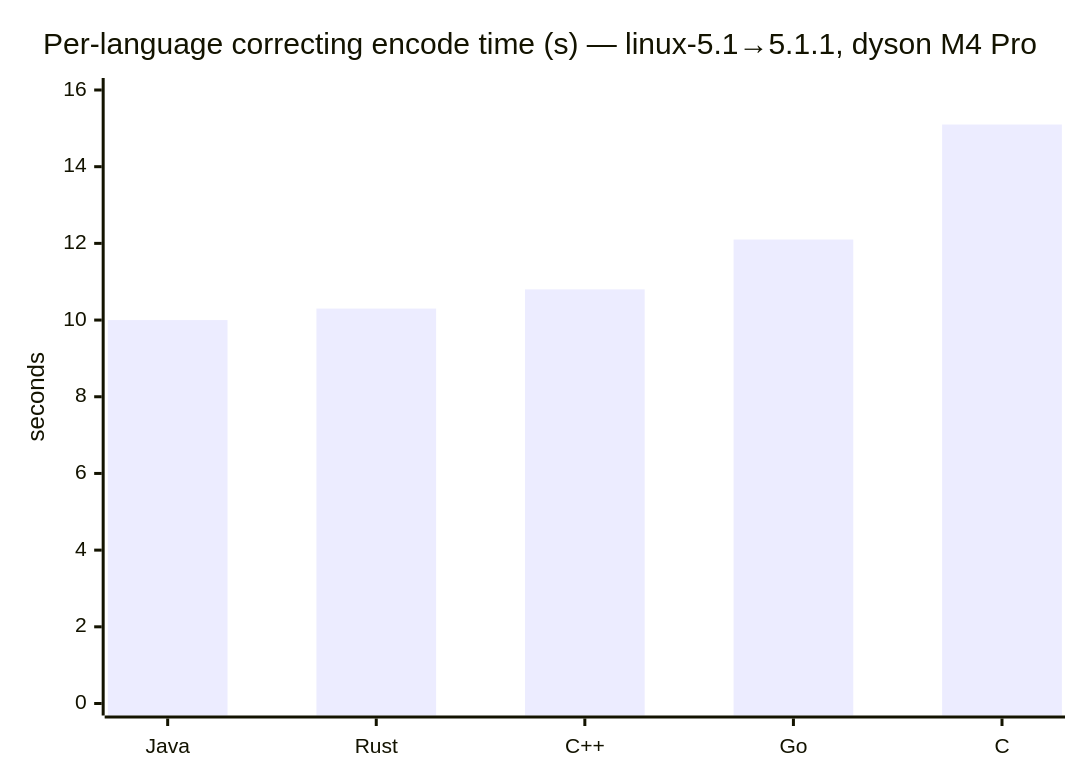
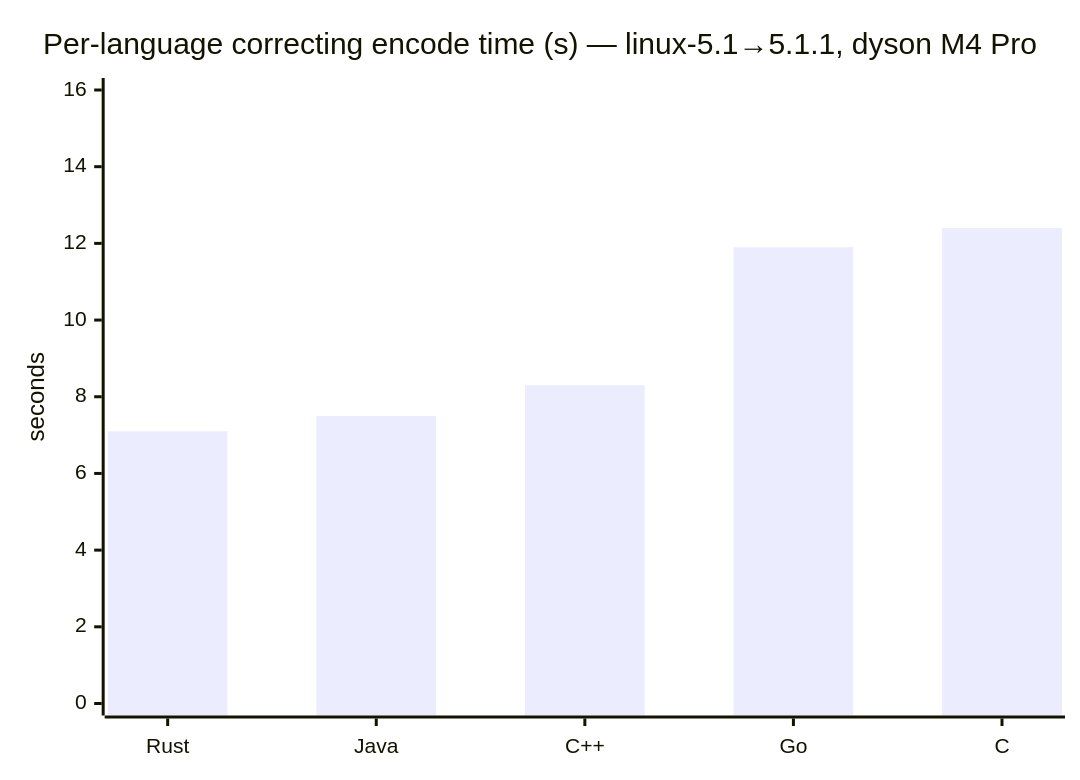
Before and after one commit to darrelllong/Delta-Compression: the second of 10 diagrams in ANALYSIS.md, drawn with Mermaid. The commit also changed other lines of this file and 27 other files, not shown here.

````diff
--- a/ANALYSIS.md
+++ b/ANALYSIS.md
@@ -418,7 +422,7 @@
 ```mermaid
 xychart-beta
     title "Per-language correcting encode time (s) — linux-5.1→5.1.1, dyson M4 Pro"
-    x-axis ["Java", "Rust", "C++", "Go", "C"]
+    x-axis ["Rust", "Java", "C++", "Go", "C"]
     y-axis "seconds" 0 --> 16
-    bar [10.0, 10.3, 10.8, 12.1, 15.1]
+    bar [7.1, 7.5, 8.3, 11.9, 12.4]
 ```
````
